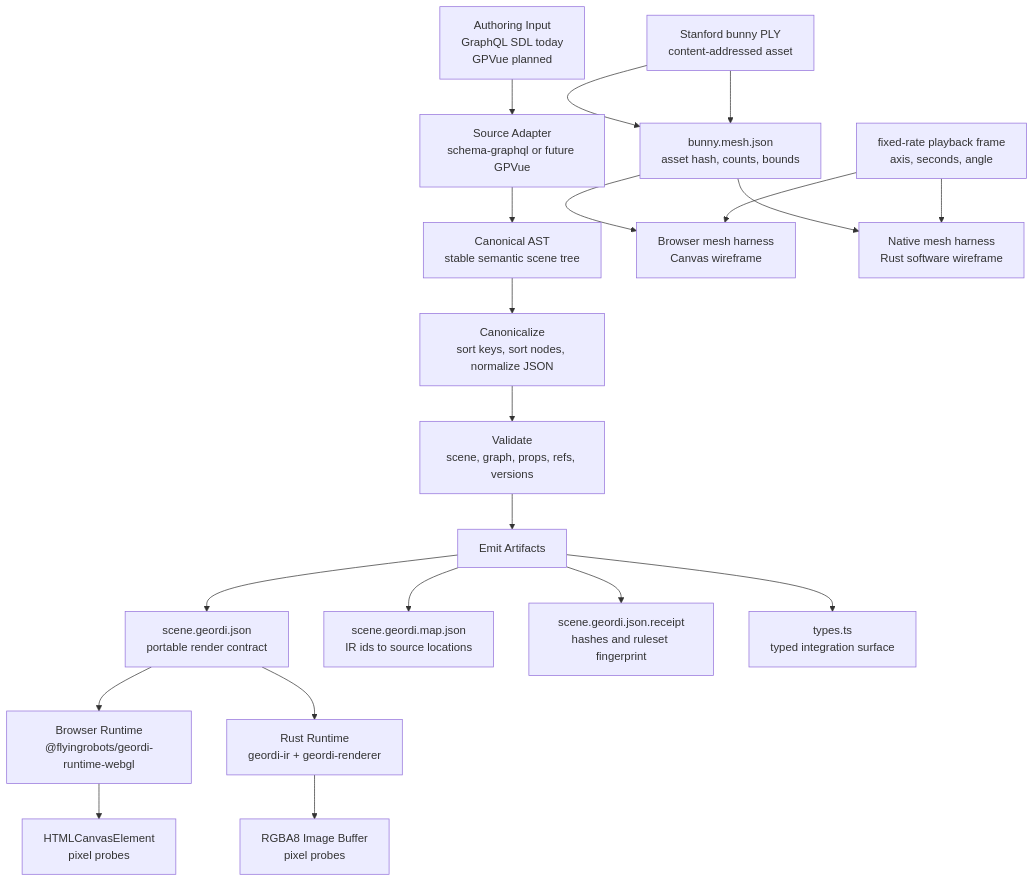
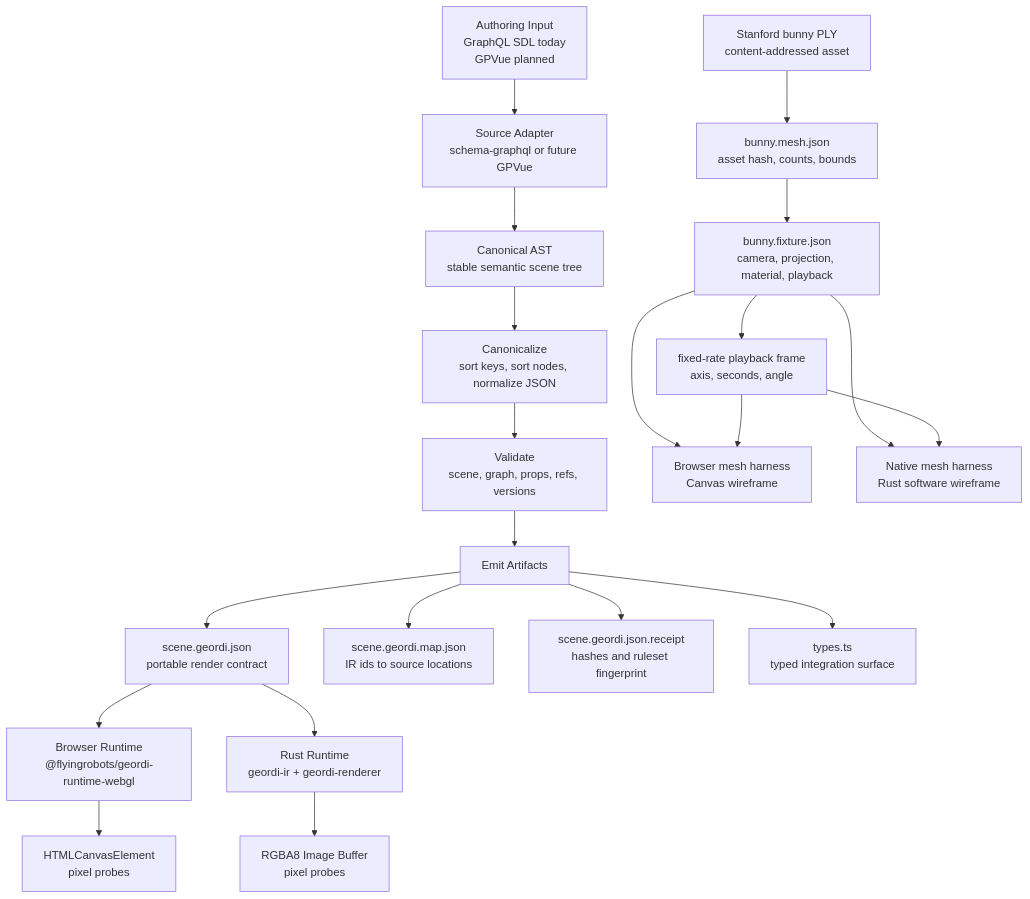
Before and after one commit to flyingrobots/geordi: the first of 26 diagrams in docs/end-to-end.md, drawn with Mermaid. The commit also changed other lines of this file and 11 other files, not shown here.

````diff
--- a/docs/end-to-end.md
+++ b/docs/end-to-end.md
@@ -63,34 +64,37 @@
 ```mermaid
 flowchart TD
   Author["Authoring Input<br/>GraphQL SDL today<br/>GPVue planned"]
   Adapter["Source Adapter<br/>schema-graphql or future GPVue"]
   Ast["Canonical AST<br/>stable semantic scene tree"]
   Normalize["Canonicalize<br/>sort keys, sort nodes, normalize JSON"]
   Validate["Validate<br/>scene, graph, props, refs, versions"]
   Emit["Emit Artifacts"]
   Ir["scene.geordi.json<br/>portable render contract"]
   SourceMap["scene.geordi.map.json<br/>IR ids to source locations"]
   Receipt["scene.geordi.json.receipt<br/>hashes and ruleset fingerprint"]
   Types["types.ts<br/>typed integration surface"]
   Browser["Browser Runtime<br/>@flyingrobots/geordi-runtime-webgl"]
   Native["Rust Runtime<br/>geordi-ir + geordi-renderer"]
   Canvas["HTMLCanvasElement<br/>pixel probes"]
   Image["RGBA8 Image Buffer<br/>pixel probes"]
   MeshAsset["Stanford bunny PLY<br/>content-addressed asset"]
   MeshManifest["bunny.mesh.json<br/>asset hash, counts, bounds"]
+  MeshFixture["bunny.fixture.json<br/>camera, projection, material, playback"]
   Playback["fixed-rate playback frame<br/>axis, seconds, angle"]
   BrowserMesh["Browser mesh harness<br/>Canvas wireframe"]
   NativeMesh["Native mesh harness<br/>Rust software wireframe"]
 
   Author --> Adapter --> Ast --> Normalize --> Validate --> Emit
   Emit --> Ir
   Emit --> SourceMap
   Emit --> Receipt
   Emit --> Types
   Ir --> Browser --> Canvas
   Ir --> Native --> Image
-  MeshAsset --> MeshManifest --> BrowserMesh
-  MeshAsset --> MeshManifest --> NativeMesh
+  MeshAsset --> MeshManifest --> MeshFixture
+  MeshFixture --> Playback
+  MeshFixture --> BrowserMesh
+  MeshFixture --> NativeMesh
   Playback --> BrowserMesh
   Playback --> NativeMesh
 ```
````
